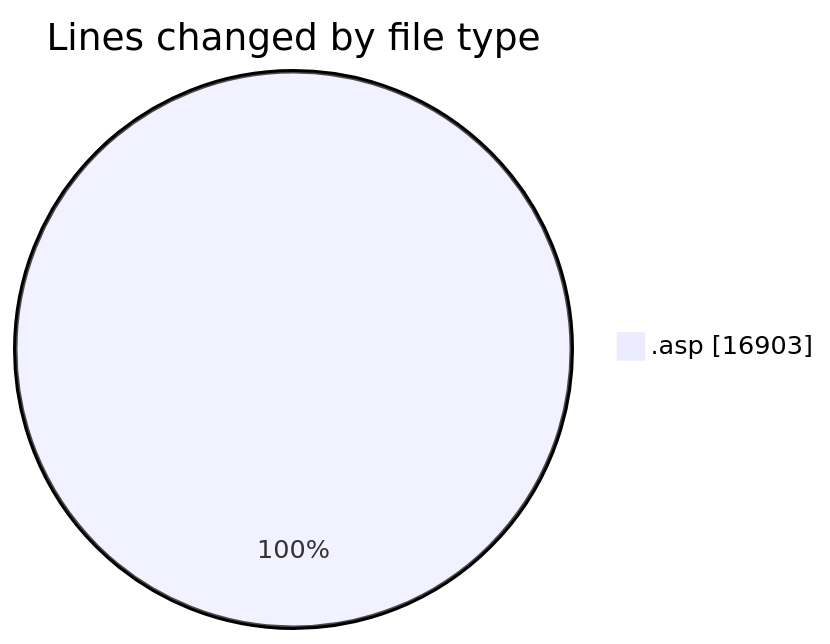
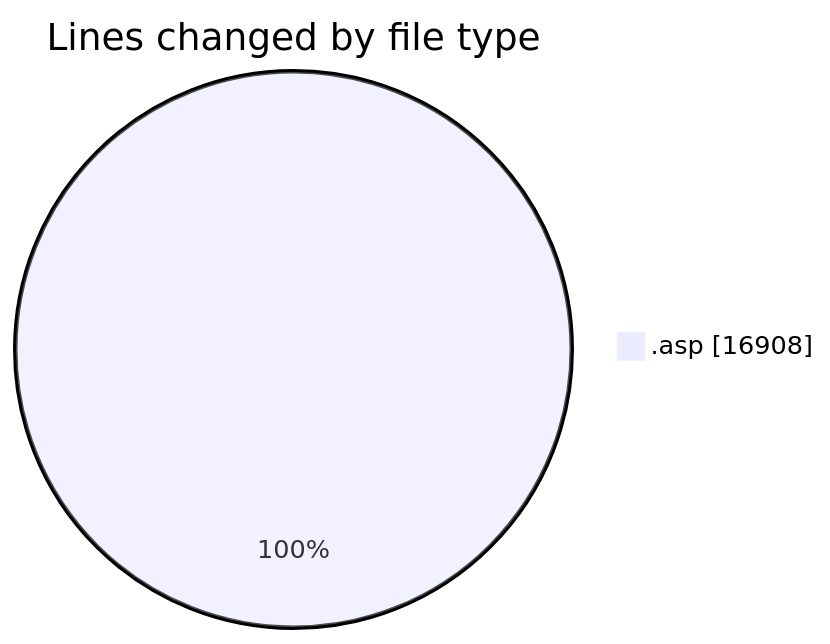
The first of 2 diagrams in 2025-11-14/cdp_aleoudev_fr__workspace_/README.md (julien-gomy/code-tracking), drawn with Mermaid before and after one commit. The commit also changed other lines of this file and 1 other file, not shown here.

````diff
--- a/2025-11-14/cdp_aleoudev_fr__workspace_/README.md
+++ b/2025-11-14/cdp_aleoudev_fr__workspace_/README.md
@@ -36,5 +36,5 @@
 ```mermaid
 pie showData
 title Lines changed by file type
-".asp" : 16903
+".asp" : 16908
 ```
````
